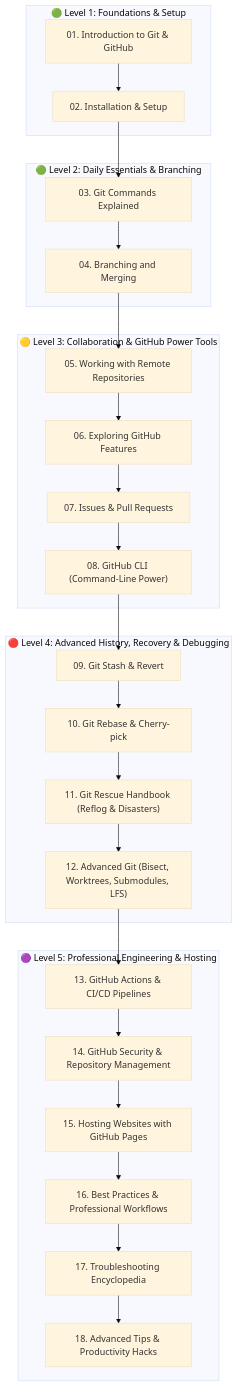
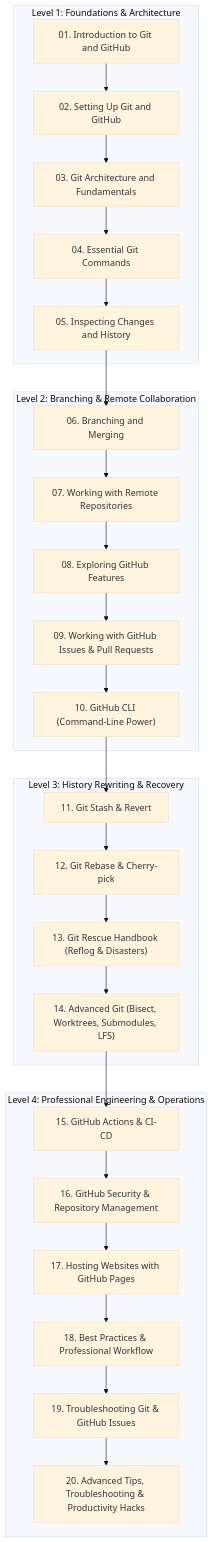
Before and after one commit to Tushar-cyber19/Zero-to-GitHero: the diagram in README.md, drawn with Mermaid (base theme). The commit also changed other lines of this file and 43 other files, not shown here.

````diff
--- a/README.md
+++ b/README.md
@@ -26,34 +16,33 @@
 ```mermaid
 flowchart TD
-    subgraph L1["🟢 Level 1: Foundations & Setup"]
-        A["01. Introduction to Git & GitHub"] --> B["02. Installation & Setup"]
+    subgraph Level1["Level 1: Foundations & Architecture"]
+        01["01. Introduction to Git and GitHub"] --> 02["02. Setting Up Git and GitHub"]
+        02 --> 03["03. Git Architecture and Fundamentals"]
+        03 --> 04["04. Essential Git Commands"]
+        04 --> 05["05. Inspecting Changes and History"]
     end
 
-    subgraph L2["🟢 Level 2: Daily Essentials & Branching"]
-        B --> C["03. Git Commands Explained"]
-        C --> D["04. Branching and Merging"]
+    subgraph Level2["Level 2: Branching & Remote Collaboration"]
+        05 --> 06["06. Branching and Merging"]
+        06 --> 07["07. Working with Remote Repositories"]
+        07 --> 08["08. Exploring GitHub Features"]
+        08 --> 09["09. Working with GitHub Issues & Pull Requests"]
+        09 --> 10["10. GitHub CLI (Command-Line Power)"]
     end
 
-    subgraph L3["🟡 Level 3: Collaboration & GitHub Power Tools"]
-        D --> E["05. Working with Remote Repositories"]
-        E --> F["06. Exploring GitHub Features"]
-        F --> G["07. Issues & Pull Requests"]
-        G --> H["08. GitHub CLI (Command-Line Power)"]
+    subgraph Level3["Level 3: History Rewriting & Recovery"]
+        10 --> 11["11. Git Stash & Revert"]
+        11 --> 12["12. Git Rebase & Cherry-pick"]
+        12 --> 13["13. Git Rescue Handbook (Reflog & Disasters)"]
+        13 --> 14["14. Advanced Git (Bisect, Worktrees, Submodules, LFS)"]
     end
 
-    subgraph L4["🔴 Level 4: Advanced History, Recovery & Debugging"]
-        H --> I["09. Git Stash & Revert"]
-        I --> J["10. Git Rebase & Cherry-pick"]
-        J --> K["11. Git Rescue Handbook (Reflog & Disasters)"]
-        K --> L["12. Advanced Git (Bisect, Worktrees, Submodules, LFS)"]
-    end
-
-    subgraph L5["🟣 Level 5: Professional Engineering & Hosting"]
-        L --> M["13. GitHub Actions & CI/CD Pipelines"]
-        M --> N["14. GitHub Security & Repository Management"]
-        N --> O["15. Hosting Websites with GitHub Pages"]
-        O --> P["16. Best Practices & Professional Workflows"]
-        P --> Q["17. Troubleshooting Encyclopedia"]
-        Q --> R["18. Advanced Tips & Productivity Hacks"]
+    subgraph Level4["Level 4: Professional Engineering & Operations"]
+        14 --> 15["15. GitHub Actions & CI-CD"]
+        15 --> 16["16. GitHub Security & Repository Management"]
+        16 --> 17["17. Hosting Websites with GitHub Pages"]
+        17 --> 18["18. Best Practices & Professional Workflow"]
+        18 --> 19["19. Troubleshooting Git & GitHub Issues"]
+        19 --> 20["20. Advanced Tips, Troubleshooting & Productivity Hacks"]
     end
 ```
````
